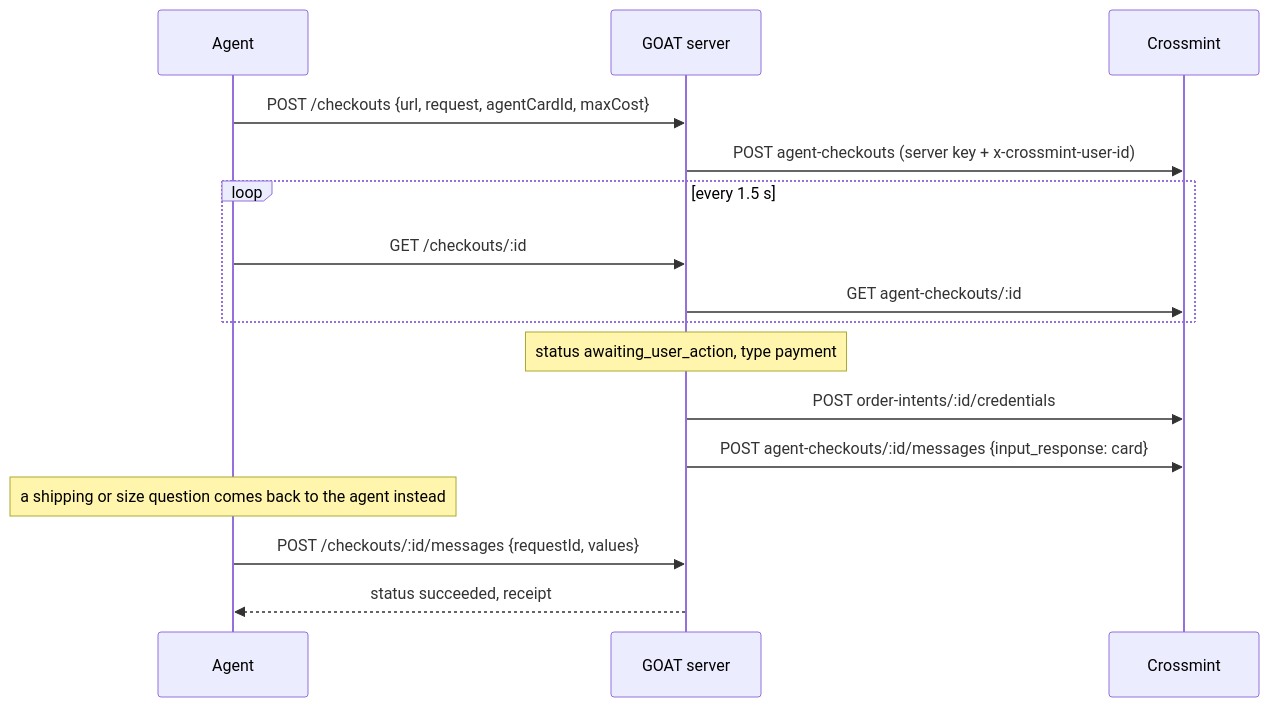
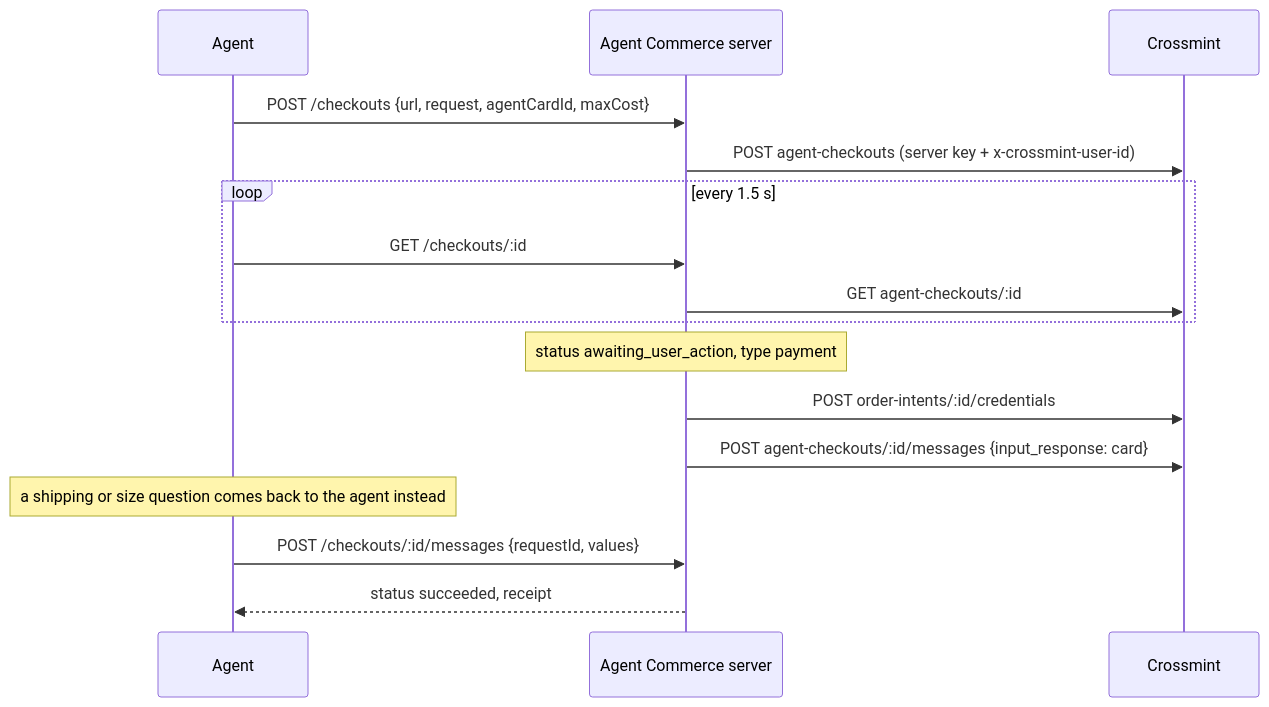
Before and after one commit to Crossmint/agent-commerce-sample-app: the third of 3 diagrams in docs/ARCHITECTURE.md, drawn with Mermaid. The commit also changed other lines of this file and 348 other files, not shown here.

````diff
--- a/docs/ARCHITECTURE.md
+++ b/docs/ARCHITECTURE.md
@@ -383,19 +380,19 @@
 ```mermaid
 sequenceDiagram
   participant A as Agent
-  participant S as GOAT server
+  participant S as Agent Commerce server
   participant X as Crossmint
 
   A->>S: POST /checkouts {url, request, agentCardId, maxCost}
   S->>X: POST agent-checkouts (server key + x-crossmint-user-id)
   loop every 1.5 s
     A->>S: GET /checkouts/:id
     S->>X: GET agent-checkouts/:id
   end
   Note over S: status awaiting_user_action, type payment
   S->>X: POST order-intents/:id/credentials
   S->>X: POST agent-checkouts/:id/messages {input_response: card}
   Note over A: a shipping or size question comes back to the agent instead
   A->>S: POST /checkouts/:id/messages {requestId, values}
   S-->>A: status succeeded, receipt
 ```
````
